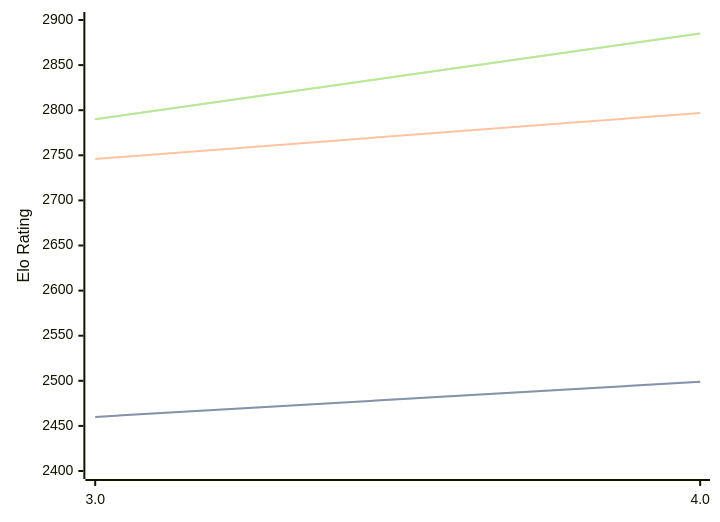
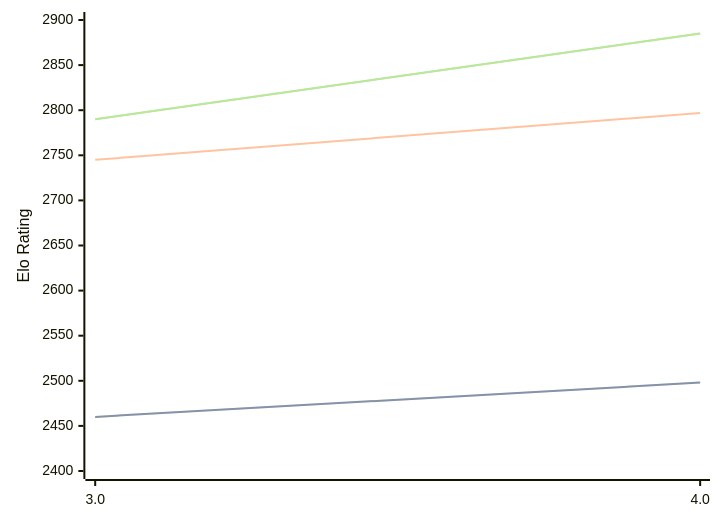
One commit to computer-chess-index/cci changed the diagram in engines/Chess3.md. Above: the diagram before and after it, drawn with Mermaid. The commit also changed other lines of this file, not shown here.

````diff
--- a/engines/Chess3.md
+++ b/engines/Chess3.md
@@ -34,11 +34,11 @@
 ```mermaid
 %%{init: {"theme":"base","themeVariables":{"seriesColors:['#a3a3a3','#222221','#faa371']}}}%%
 xychart-beta
   x-axis ["3.0", "4.0"]
   y-axis "Elo Rating" 2400 --> 2900
-  line "STC (8.0+0.08s)" [2460, 2499]
-  line "STC (8.0+0.08s)" [2460, 2499]
-  line "LTC (60.0+0.60s)" [2746, 2797]
+  line "STC (8.0+0.08s)" [2460, 2498]
+  line "STC (8.0+0.08s)" [2460, 2498]
+  line "LTC (60.0+0.60s)" [2745, 2797]
   line "VLTC (2m24s+1.12s)" [2790, 2885]
   line "VLTC (2m24s+1.12s)" [2790, 2885]
 ```
````
